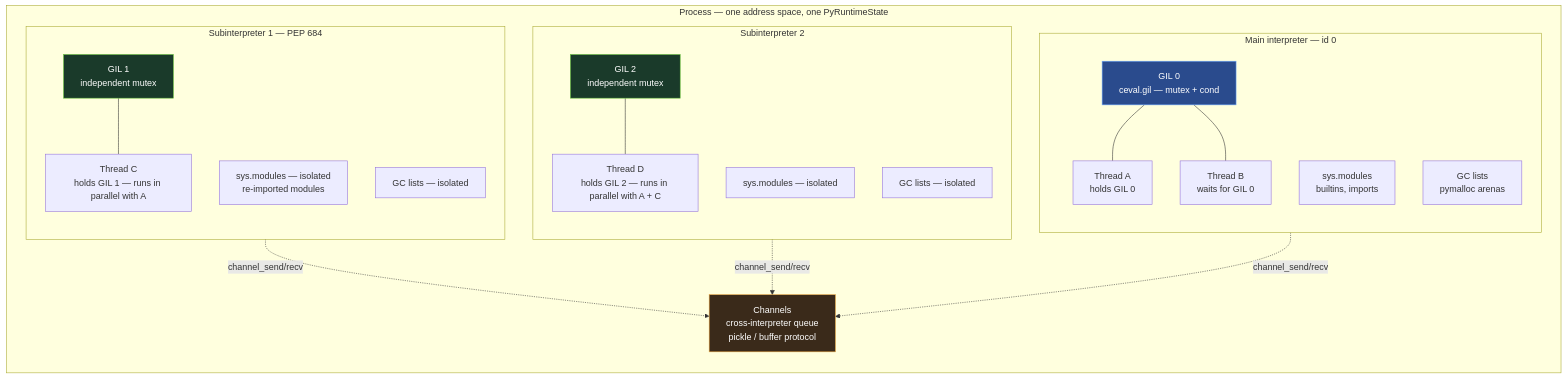
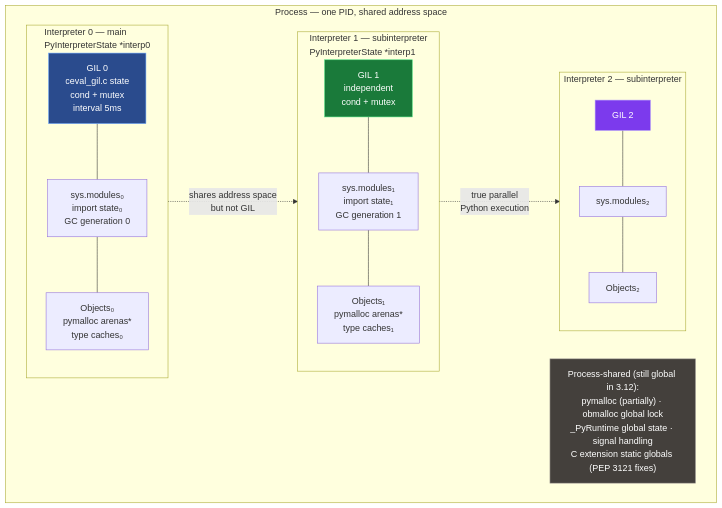
The fourth of 8 diagrams in vol-16-python-cpython-internals/ch05-gil.md (bumbsclaw/textbooks), drawn with Mermaid before and after one commit. The commit also changed other lines of this file and 8 other files, not shown here.

````diff
--- a/vol-16-python-cpython-internals/ch05-gil.md
+++ b/vol-16-python-cpython-internals/ch05-gil.md
@@ -578,46 +425,35 @@
 ```mermaid
 flowchart TB
-    subgraph PROCESS["Process — one address space, one PyRuntimeState"]
-        direction TB
-
-        subgraph MAIN["Main interpreter — id 0"]
-            direction TB
-            GIL0["GIL 0<br/>ceval.gil — mutex + cond"]
-            MOD0["sys.modules<br/>builtins, imports"]
-            GC0["GC lists<br/>pymalloc arenas"]
-            T0A["Thread A<br/>holds GIL 0"]
-            T0B["Thread B<br/>waits for GIL 0"]
-            GIL0 --- T0A
-            GIL0 --- T0B
+    subgraph PROC["Process — one PID, shared address space"]
+        subgraph INTERP0["Interpreter 0 — main<br/>PyInterpreterState *interp0"]
+            GIL0["GIL 0<br/>ceval_gil.c state<br/>cond + mutex<br/>interval 5ms"]
+            MODS0["sys.modules₀<br/>import state₀<br/>GC generation 0"]
+            OBJ0["Objects₀<br/>pymalloc arenas*<br/>type caches₀"]
+            GIL0 --- MODS0
+            MODS0 --- OBJ0
         end
-
-        subgraph SUB1["Subinterpreter 1 — PEP 684"]
-            direction TB
-            GIL1["GIL 1<br/>independent mutex"]
-            MOD1["sys.modules — isolated<br/>re-imported modules"]
-            GC1["GC lists — isolated"]
-            T1A["Thread C<br/>holds GIL 1 — runs in parallel with A"]
-            GIL1 --- T1A
+        subgraph INTERP1["Interpreter 1 — subinterpreter<br/>PyInterpreterState *interp1"]
+            GIL1["GIL 1<br/>independent<br/>cond + mutex"]
+            MODS1["sys.modules₁<br/>import state₁<br/>GC generation 1"]
+            OBJ1["Objects₁<br/>pymalloc arenas*<br/>type caches₁"]
+            GIL1 --- MODS1
+            MODS1 --- OBJ1
         end
-
-        subgraph SUB2["Subinterpreter 2"]
-            direction TB
-            GIL2["GIL 2<br/>independent mutex"]
-            MOD2["sys.modules — isolated"]
-            GC2["GC lists — isolated"]
-            T2A["Thread D<br/>holds GIL 2 — runs in parallel with A + C"]
-            GIL2 --- T2A
+        subgraph INTERP2["Interpreter 2 — subinterpreter"]
+            GIL2["GIL 2"]
+            MODS2["sys.modules₂"]
+            OBJ2["Objects₂"]
+            GIL2 --- MODS2
+            MODS2 --- OBJ2
         end
-
-        CHAN["Channels<br/>cross-interpreter queue<br/>pickle / buffer protocol"]
-
-        SUB1 -.->|channel_send/recv| CHAN
-        SUB2 -.->|channel_send/recv| CHAN
-        MAIN -.->|channel_send/recv| CHAN
+        SHARED["Process-shared (still global in 3.12):<br/>pymalloc (partially) · obmalloc global lock<br/>_PyRuntime global state · signal handling<br/>C extension static globals (PEP 3121 fixes)"]
     end
 
+    INTERP0 -.->|shares address space<br/>but not GIL| INTERP1
+    INTERP1 -.->|true parallel<br/>Python execution| INTERP2
+
     style GIL0 fill:#2a4b8d,stroke:#6ea8fe,color:#fff
-    style GIL1 fill:#1a3a2a,stroke:#67c23a,color:#fff
-    style GIL2 fill:#1a3a2a,stroke:#67c23a,color:#fff
-    style CHAN fill:#3a2a1a,stroke:#e6a23c,color:#fff
+    style GIL1 fill:#1a7a3a,stroke:#4ade80,color:#fff
+    style GIL2 fill:#7c3aed,stroke:#a78bfa,color:#fff
+    style SHARED fill:#44403c,stroke:#a8a29e,color:#fff
 ```
````
